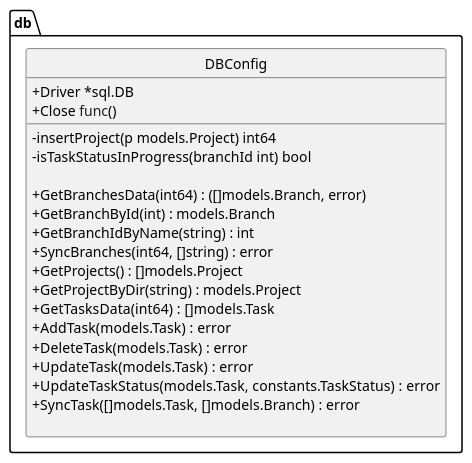
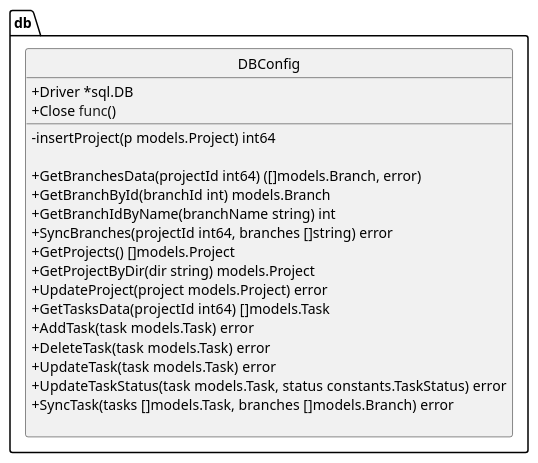
The diagram in docs/res/modules/db.pu (imdar1/GitMonitor), drawn with PlantUML before and after one commit. The commit also changed 18 other files, not shown here.

Commit message:
Update diagram

```diff
--- a/docs/res/modules/db.pu
+++ b/docs/res/modules/db.pu
@@ -1,34 +1,34 @@
 @startuml
 
 top to bottom direction
 skinparam monochrome true
 skinparam classAttributeIconSize 0
 skinparam DefaultFontName Arial
 skinparam DefaultFontSize 14
 hide circle
 
 namespace db {
     class DBConfig << (S,Aquamarine) >> {
         + Driver *sql.DB
         + Close <font color=blue>func</font>() 
         __
         - insertProject(p models.Project) int64
-        - isTaskStatusInProgress(branchId int) bool
 
-        + GetBranchesData(int64) : ([]models.Branch, error)
-        + GetBranchById(int) : models.Branch
-        + GetBranchIdByName(string) : int
-        + SyncBranches(int64, []string) : error
-        + GetProjects() : []models.Project
-        + GetProjectByDir(string) : models.Project
-        + GetTasksData(int64) : []models.Task
-        + AddTask(models.Task) : error
-        + DeleteTask(models.Task) : error
-        + UpdateTask(models.Task) : error
-        + UpdateTaskStatus(models.Task, constants.TaskStatus) : error
-        + SyncTask([]models.Task, []models.Branch) : error
+        + GetBranchesData(projectId int64) ([]models.Branch, error)
+        + GetBranchById(branchId int) models.Branch
+        + GetBranchIdByName(branchName string) int
+        + SyncBranches(projectId int64, branches []string) error
+        + GetProjects() []models.Project
+        + GetProjectByDir(dir string) models.Project
+        + UpdateProject(project models.Project) error
+        + GetTasksData(projectId int64) []models.Task
+        + AddTask(task models.Task) error
+        + DeleteTask(task models.Task) error
+        + UpdateTask(task models.Task) error
+        + UpdateTaskStatus(task models.Task, status constants.TaskStatus) error
+        + SyncTask(tasks []models.Task, branches []models.Branch) error
 
     }
 }
 
 @enduml
```
